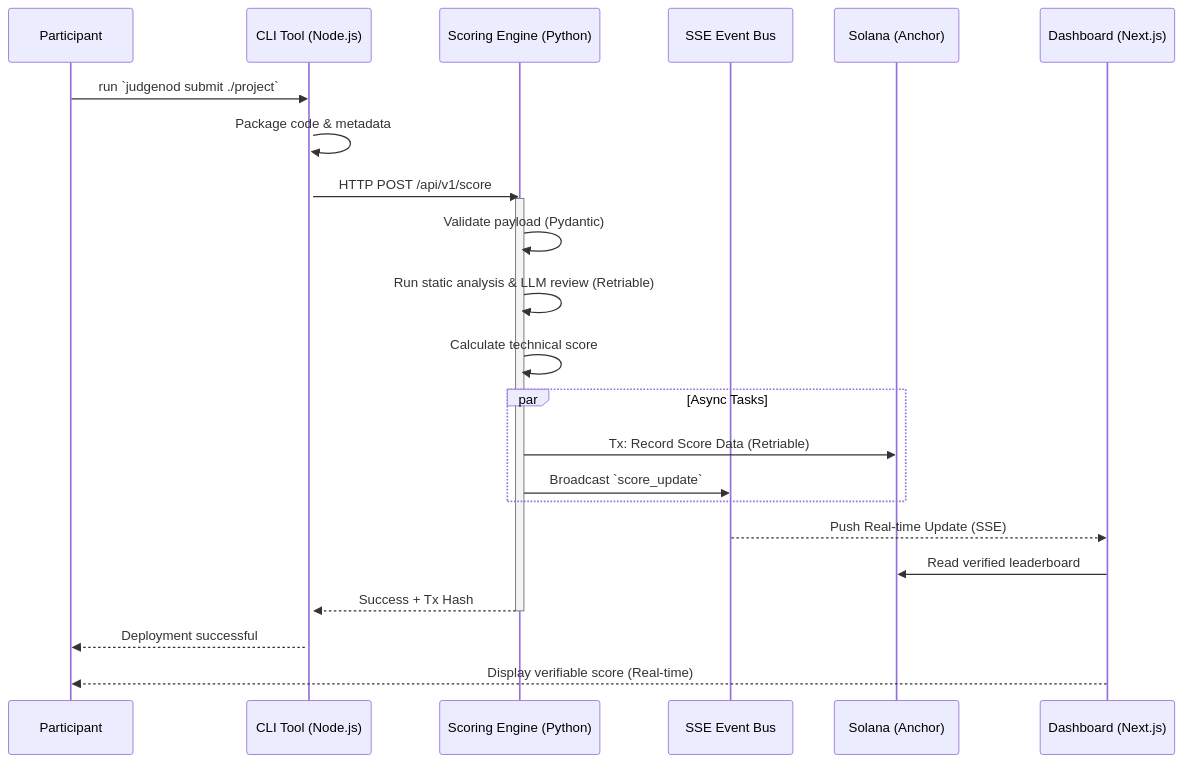
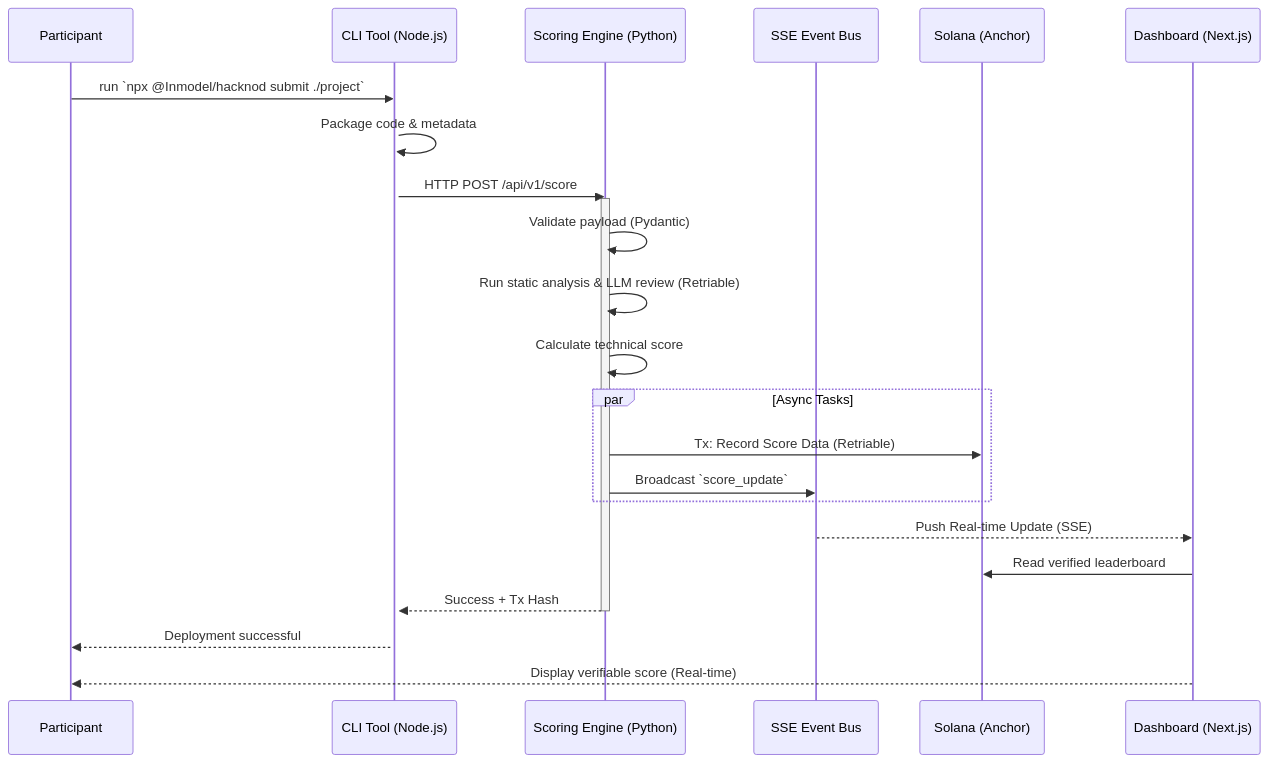
One commit to Inmodel/inmodel-c changed the second of 2 diagrams in README.md. Above: the diagram before and after it, drawn with Mermaid. The commit also changed other lines of this file and 6 other files, not shown here.

Commit message:
chore: rename project and CLI from JudgeNod/JudgeChain to HackNod and update package scope

````diff
--- a/README.md
+++ b/README.md
@@ -45,33 +45,33 @@
 ```mermaid
 sequenceDiagram
     participant User as Participant
     participant CLI as CLI Tool (Node.js)
     participant Backend as Scoring Engine (Python)
     participant Bus as SSE Event Bus
     participant Chain as Solana (Anchor)
     participant Dash as Dashboard (Next.js)
     
-    User->>CLI: run `judgenod submit ./project`
+    User->>CLI: run `npx @Inmodel/hacknod submit ./project`
     activate CLI
     CLI->>CLI: Package code & metadata
     CLI->>Backend: HTTP POST /api/v1/score
     activate Backend
     
     Backend->>Backend: Validate payload (Pydantic)
     Backend->>Backend: Run static analysis & LLM review (Retriable)
     Backend->>Backend: Calculate technical score
     
     par Async Tasks
         Backend->>Chain: Tx: Record Score Data (Retriable)
         Backend->>Bus: Broadcast `score_update`
     end
     
     Bus-->>Dash: Push Real-time Update (SSE)
     Dash->>Chain: Read verified leaderboard
     
     Backend-->>CLI: Success + Tx Hash
     deactivate Backend
     CLI-->>User: Deployment successful
 
     Dash-->>User: Display verifiable score (Real-time)
 ```
````
